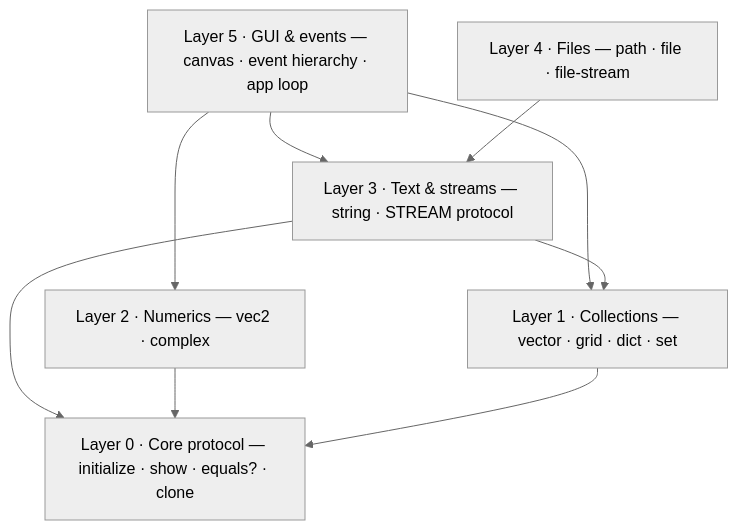
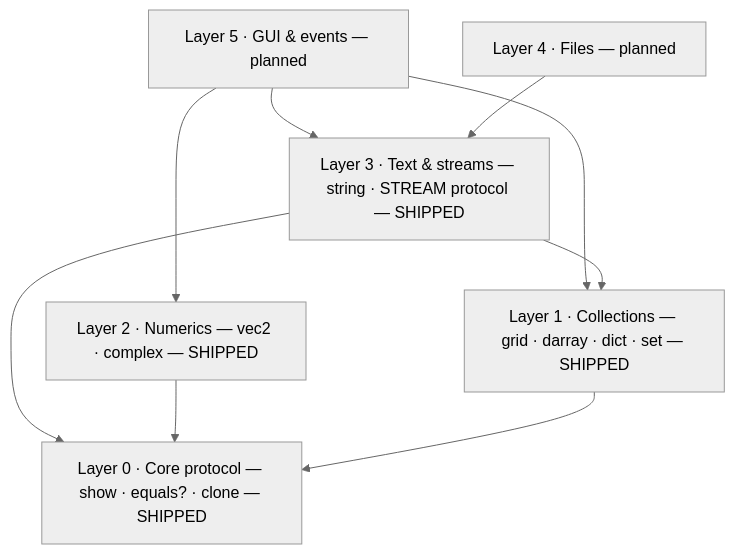
One commit to albanread/FactorForth changed the fifth of 8 diagrams in release/factorforth/docs/coreprotocols.md. Above: the diagram before and after it, drawn with Mermaid (neutral theme). The commit also changed other lines of this file and 10 other files, not shown here.

First line of the commit message:
docs: add Layer 0/3 protocol references; correct word-availability drift

````diff
--- a/release/factorforth/docs/coreprotocols.md
+++ b/release/factorforth/docs/coreprotocols.md
@@ -121,18 +121,18 @@
 ```mermaid
 flowchart TB
-    L5["Layer 5 · GUI & events — canvas · event hierarchy · app loop"]
-    L4["Layer 4 · Files — path · file · file-stream"]
-    L3["Layer 3 · Text & streams — string · STREAM protocol"]
-    L2["Layer 2 · Numerics — vec2 · complex"]
-    L1["Layer 1 · Collections — vector · grid · dict · set"]
-    L0["Layer 0 · Core protocol — initialize · show · equals? · clone"]
+    L5["Layer 5 · GUI & events — planned"]
+    L4["Layer 4 · Files — planned"]
+    L3["Layer 3 · Text & streams — string · STREAM protocol — SHIPPED"]
+    L2["Layer 2 · Numerics — vec2 · complex — SHIPPED"]
+    L1["Layer 1 · Collections — grid · darray · dict · set — SHIPPED"]
+    L0["Layer 0 · Core protocol — show · equals? · clone — SHIPPED"]
 
     L5 --> L3
     L5 --> L2
     L5 --> L1
     L4 --> L3
     L3 --> L1
     L3 --> L0
     L2 --> L0
     L1 --> L0
 ```
````
